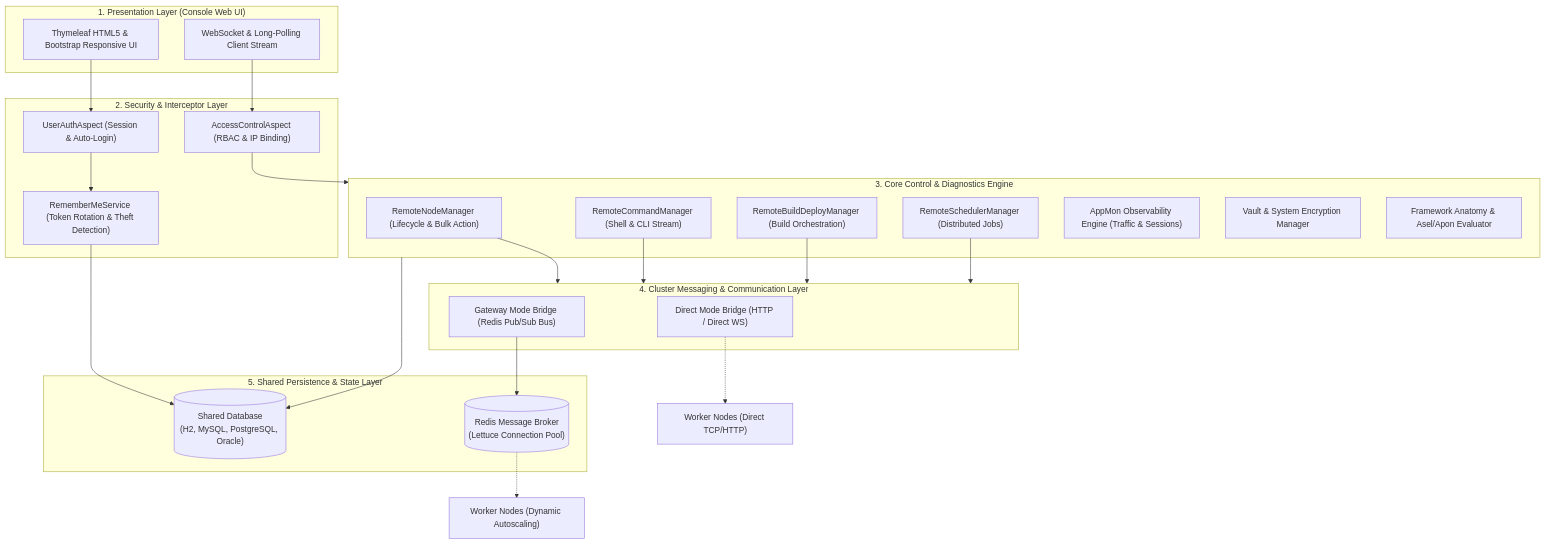
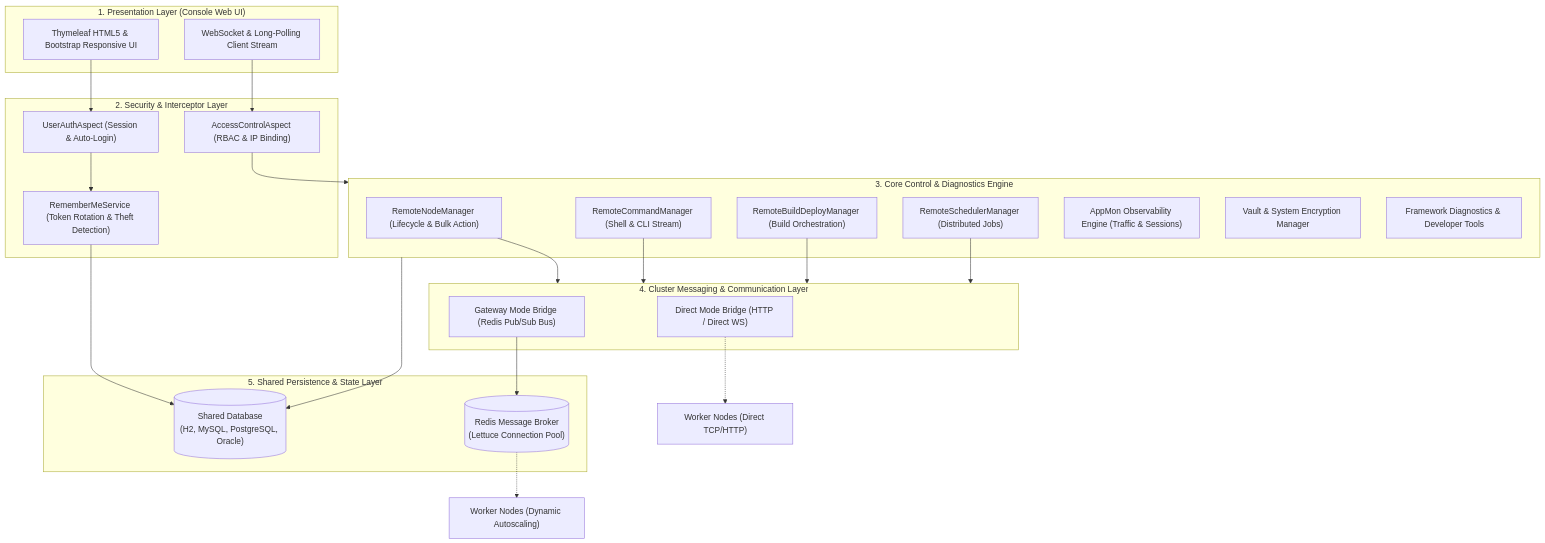
The first of 2 diagrams in _pages/en/docs/aspectow/console-overview.md (aspectran/aspectran.github.io), drawn with Mermaid before and after one commit. The commit also changed 1 other file, not shown here.

````diff
--- a/_pages/en/docs/aspectow/console-overview.md
+++ b/_pages/en/docs/aspectow/console-overview.md
@@ -58,50 +58,50 @@
 ```mermaid
 graph TD
     subgraph UI ["1. Presentation Layer (Console Web UI)"]
         HTML["Thymeleaf HTML5 & Bootstrap Responsive UI"]
         WSClient["WebSocket & Long-Polling Client Stream"]
     end
 
     subgraph Security ["2. Security & Interceptor Layer"]
         UserAuth["UserAuthAspect (Session & Auto-Login)"]
         AccessCtrl["AccessControlAspect (RBAC & IP Binding)"]
         RememberMe["RememberMeService (Token Rotation & Theft Detection)"]
     end
 
     subgraph Core ["3. Core Control & Diagnostics Engine"]
         NodeMgr["RemoteNodeManager (Lifecycle & Bulk Action)"]
         CmdMgr["RemoteCommandManager (Shell & CLI Stream)"]
         BuildMgr["RemoteBuildDeployManager (Build Orchestration)"]
         SchedMgr["RemoteSchedulerManager (Distributed Jobs)"]
         AppMonEngine["AppMon Observability Engine (Traffic & Sessions)"]
         VaultMgr["Vault & System Encryption Manager"]
-        Diagnostics["Framework Anatomy & Asel/Apon Evaluator"]
+        Diagnostics["Framework Diagnostics & Developer Tools"]
     end
 
     subgraph Cluster ["4. Cluster Messaging & Communication Layer"]
         DirectBridge["Direct Mode Bridge (HTTP / Direct WS)"]
         GatewayBridge["Gateway Mode Bridge (Redis Pub/Sub Bus)"]
     end
 
     subgraph Persistence ["5. Shared Persistence & State Layer"]
         DB[("Shared Database\n(H2, MySQL, PostgreSQL, Oracle)")]
         RedisPool[("Redis Message Broker\n(Lettuce Connection Pool)")]
     end
 
     HTML --> UserAuth
     WSClient --> AccessCtrl
     UserAuth --> RememberMe
     AccessCtrl --> Core
 
     NodeMgr --> Cluster
     CmdMgr --> Cluster
     BuildMgr --> Cluster
     SchedMgr --> Cluster
 
     DirectBridge -.-> DirectNodes["Worker Nodes (Direct TCP/HTTP)"]
     GatewayBridge --> RedisPool
     RedisPool -.-> GatewayNodes["Worker Nodes (Dynamic Autoscaling)"]
 
     Core --> DB
     RememberMe --> DB
 ```
````
